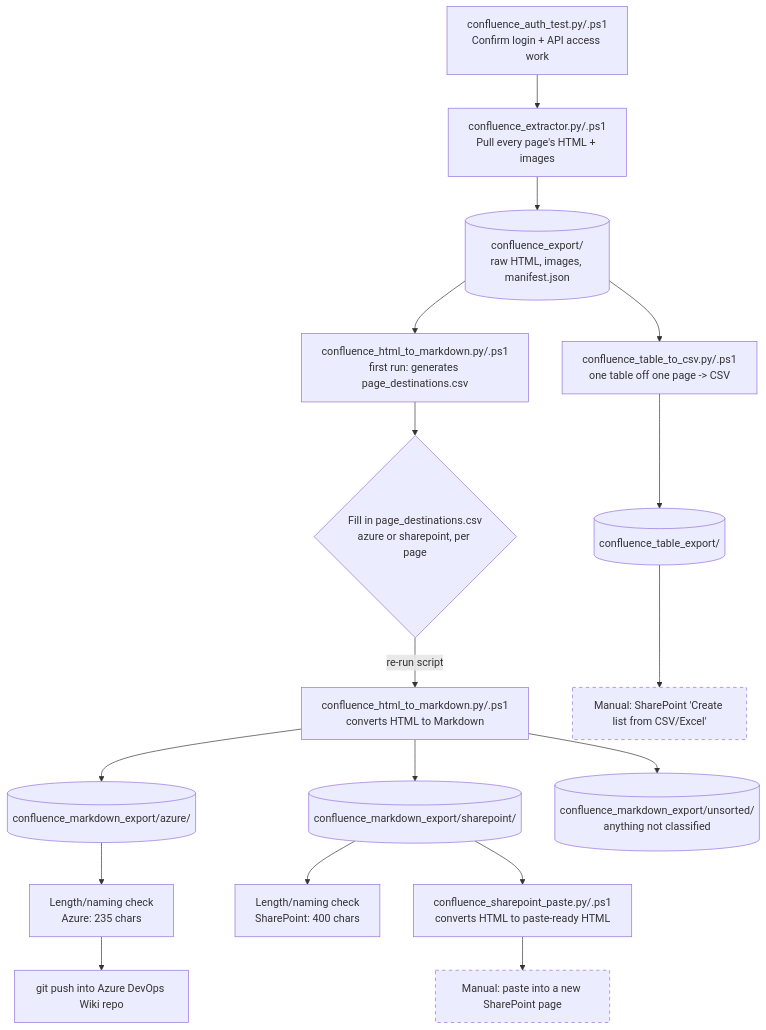
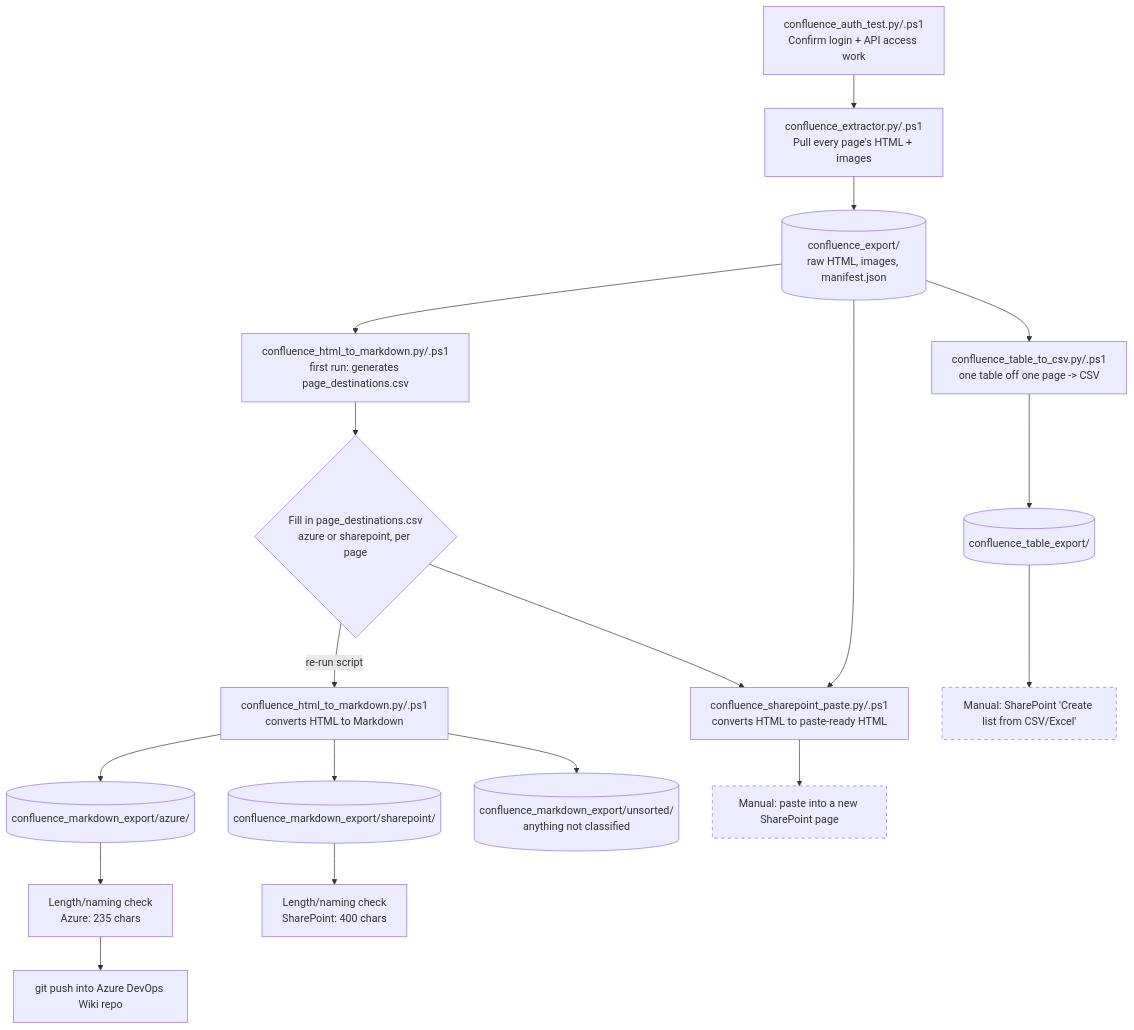
Before and after one commit to DCodeAus/AtlassianConfluenceScraping: the diagram in HowThisWorks.md, drawn with Mermaid.

Commit message:
Fix a real dependency error in the pipeline diagram
confluence_sharepoint_paste reads straight from confluence_export/ (raw
HTML) plus the page_destinations.csv classification - confirmed in the
actual script code. It never touches confluence_markdown_export/, so
the diagram wiring it downstream of the Markdown conversion step was
wrong, and would mislead someone into thinking Markdown conversion is a
prerequisite for the SharePoint paste step when it isn't. Checked the
rest of the diagram (character limits, script names, manual-step
markers) against the actual code - everything else was accurate.

````diff
--- a/HowThisWorks.md
+++ b/HowThisWorks.md
@@ -5,33 +5,34 @@
 ```mermaid
 flowchart TD
     A[confluence_auth_test.py/.ps1<br/>Confirm login + API access work] --> B
 
     B[confluence_extractor.py/.ps1<br/>Pull every page's HTML + images] --> C
 
     C[(confluence_export/<br/>raw HTML, images, manifest.json)] --> D
 
     D[confluence_html_to_markdown.py/.ps1<br/>first run: generates page_destinations.csv] --> E
 
     E{Fill in page_destinations.csv<br/>azure or sharepoint, per page}
 
     E -->|re-run script| F[confluence_html_to_markdown.py/.ps1<br/>converts HTML to Markdown]
 
     F --> G[(confluence_markdown_export/azure/)]
     F --> H[(confluence_markdown_export/sharepoint/)]
     F --> I[(confluence_markdown_export/unsorted/<br/>anything not classified)]
 
     G --> J[Length/naming check<br/>Azure: 235 chars]
     H --> K[Length/naming check<br/>SharePoint: 400 chars]
 
     J --> L[git push into Azure DevOps Wiki repo]
 
-    H --> N[confluence_sharepoint_paste.py/.ps1<br/>converts HTML to paste-ready HTML]
+    C --> N[confluence_sharepoint_paste.py/.ps1<br/>converts HTML to paste-ready HTML]
+    E --> N
     N --> M[Manual: paste into a new SharePoint page]
 
     C --> O[confluence_table_to_csv.py/.ps1<br/>one table off one page -> CSV]
     O --> P[(confluence_table_export/)]
     P --> Q[Manual: SharePoint 'Create list from CSV/Excel']
 
     style M stroke-dasharray: 5 5
     style Q stroke-dasharray: 5 5
 ```
````
